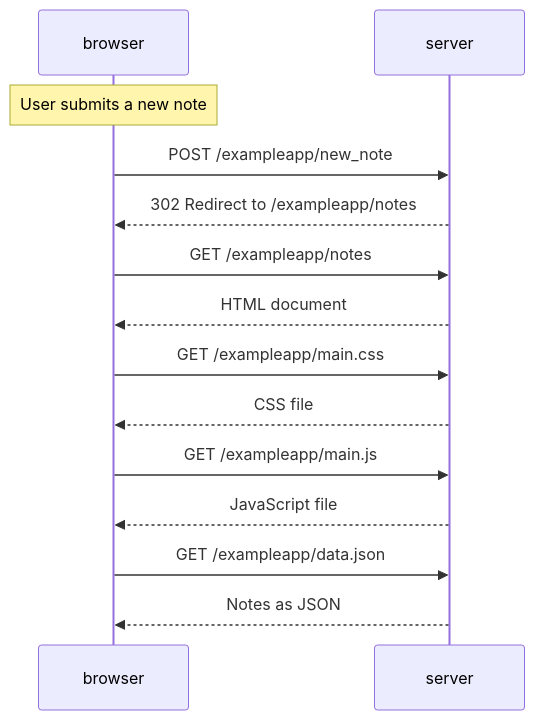
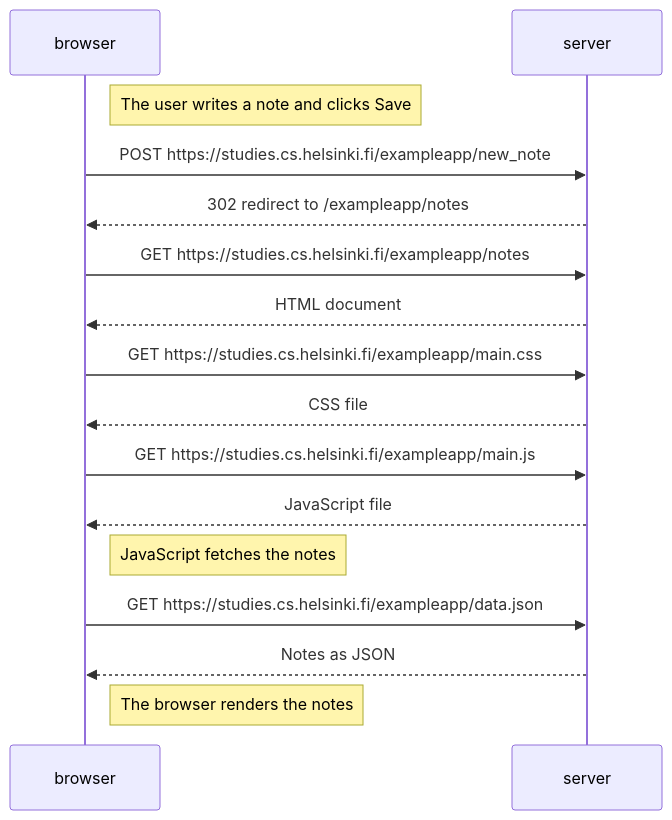
Before and after one commit to IngaBuniatyan/fullstackopen: the first of 3 diagrams in part0/README.md, drawn with Mermaid. The commit also changed other lines of this file and 1 other file, not shown here.

````diff
--- a/part0/README.md
+++ b/part0/README.md
@@ -5,17 +5,21 @@
 ```mermaid
 sequenceDiagram
     participant browser
     participant server
 
-    Note over browser: User submits a new note
-    browser->>server: POST /exampleapp/new_note
-    server-->>browser: 302 Redirect to /exampleapp/notes
-    browser->>server: GET /exampleapp/notes
+    Note right of browser: The user writes a note and clicks Save
+    browser->>server: POST https://studies.cs.helsinki.fi/exampleapp/new_note
+    server-->>browser: 302 redirect to /exampleapp/notes
+
+    browser->>server: GET https://studies.cs.helsinki.fi/exampleapp/notes
     server-->>browser: HTML document
-    browser->>server: GET /exampleapp/main.css
+    browser->>server: GET https://studies.cs.helsinki.fi/exampleapp/main.css
     server-->>browser: CSS file
-    browser->>server: GET /exampleapp/main.js
+    browser->>server: GET https://studies.cs.helsinki.fi/exampleapp/main.js
     server-->>browser: JavaScript file
-    browser->>server: GET /exampleapp/data.json
+
+    Note right of browser: JavaScript fetches the notes
+    browser->>server: GET https://studies.cs.helsinki.fi/exampleapp/data.json
     server-->>browser: Notes as JSON
+    Note right of browser: The browser renders the notes
 ```
````
